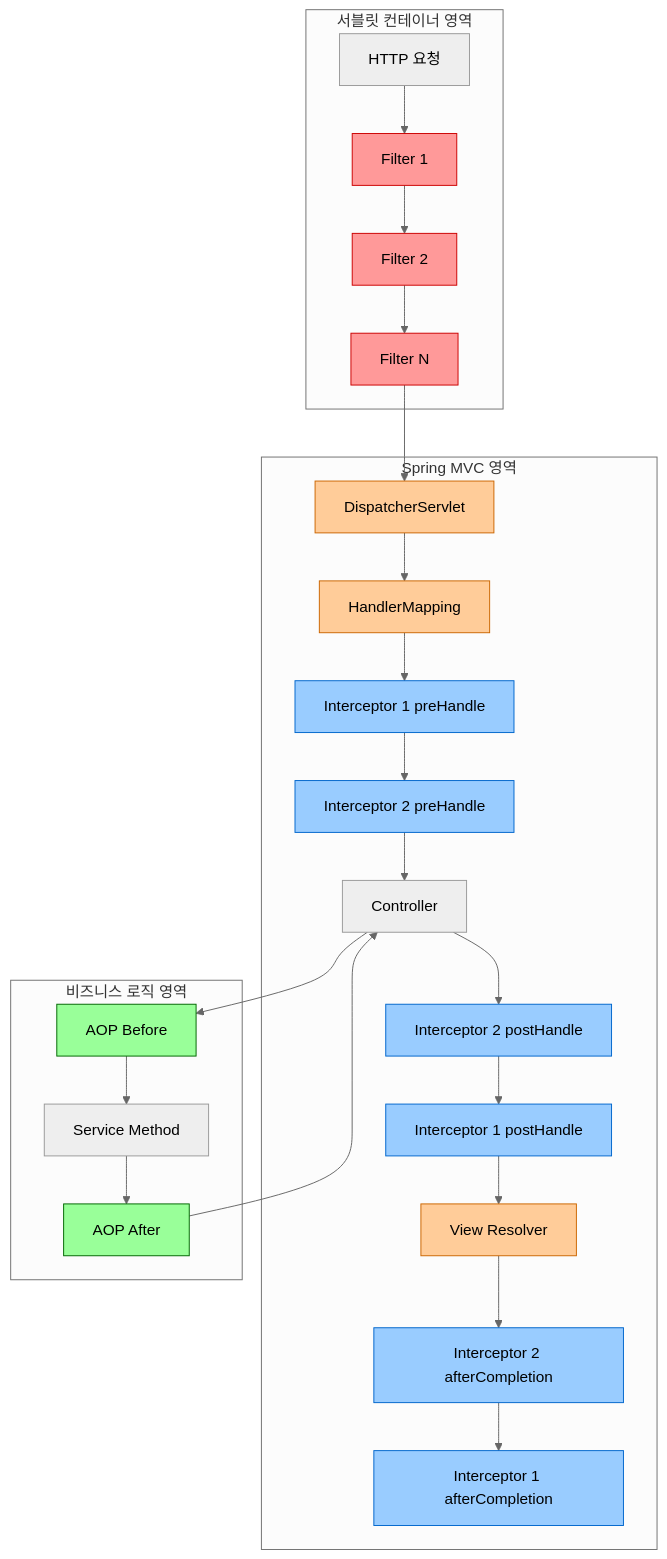
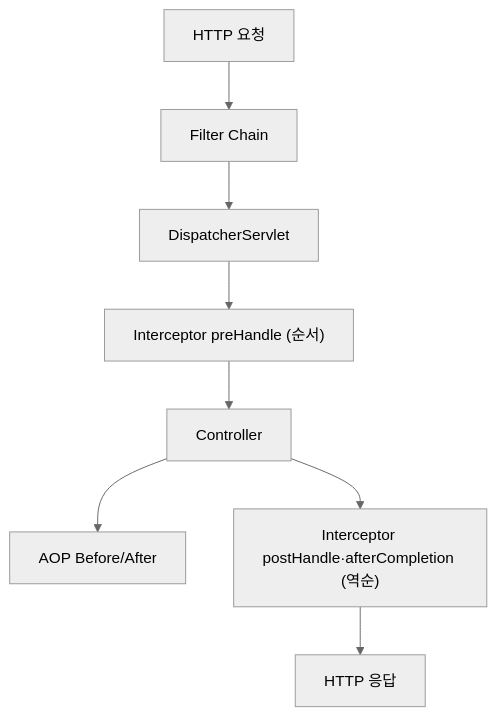
Before and after one commit to yjkim2015/yjkim2015.github.io: the first of 8 diagrams in _posts/spring/2026-05-02-spring-interceptor.md, drawn with Mermaid (neutral theme). The commit also changed other lines of this file and 215 other files, not shown here.

First line of the commit message:
신규 포스트 10개 추가 + Mermaid 전면 축소 + SystemDesign 시리즈 보강

````diff
--- a/_posts/spring/2026-05-02-spring-interceptor.md
+++ b/_posts/spring/2026-05-02-spring-interceptor.md
@@ -127,38 +127,10 @@
 ```mermaid
 graph TB
-    subgraph "서블릿 컨테이너 영역"
-        A["HTTP 요청"] --> B[Filter 1]
-        B --> C[Filter 2]
-        C --> D[Filter N]
-    end
-
-    subgraph "Spring MVC 영역"
-        D --> E[DispatcherServlet]
-        E --> F[HandlerMapping]
-        F --> G[Interceptor 1 preHandle]
-        G --> H[Interceptor 2 preHandle]
-        H --> I[Controller]
-        I --> J[Interceptor 2 postHandle]
-        J --> K[Interceptor 1 postHandle]
-        K --> L[View Resolver]
-        L --> M[Interceptor 2 afterCompletion]
-        M --> N[Interceptor 1 afterCompletion]
-    end
-
-    subgraph "비즈니스 로직 영역"
-        I --> O[AOP Before]
-        O --> P[Service Method]
-        P --> Q[AOP After]
-        Q --> I
-    end
-
-    classDef filter fill:#ff9999,stroke:#cc0000,color:#000
-    classDef interceptor fill:#99ccff,stroke:#0066cc,color:#000
-    classDef aop fill:#99ff99,stroke:#006600,color:#000
-    classDef servlet fill:#ffcc99,stroke:#cc6600,color:#000
-
-    class B,C,D filter
-    class G,H,J,K,M,N interceptor
-    class O,Q aop
-    class E,F,L servlet
+    A[HTTP 요청] --> B["Filter Chain"]
+    B --> C[DispatcherServlet]
+    C --> D["Interceptor preHandle (순서)"]
+    D --> E[Controller]
+    E --> F["AOP Before/After"]
+    E --> G["Interceptor postHandle·afterCompletion (역순)"]
+    G --> H[HTTP 응답]
 ```
````
